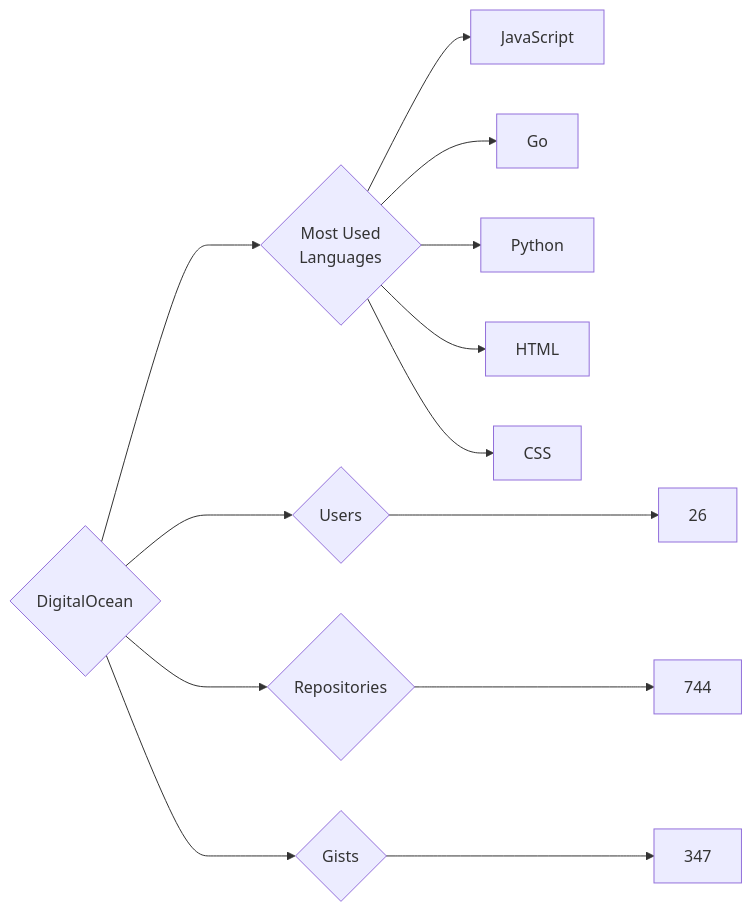
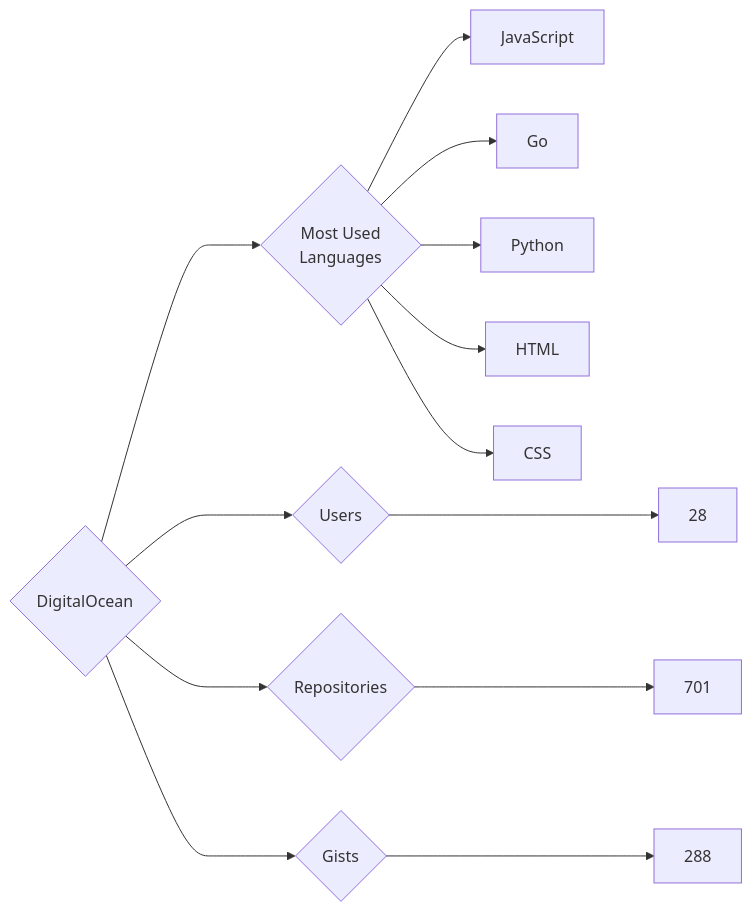
Before and after one commit to trickest/insiders: the diagram in targets/DigitalOcean/README.md, drawn with Mermaid. The commit also changed 1314 other files, not shown here.

````diff
--- a/targets/DigitalOcean/README.md
+++ b/targets/DigitalOcean/README.md
@@ -3,13 +3,13 @@
 ```mermaid
 graph LR
 COMPANY_NAME{DigitalOcean}
-COMPANY_NAME ---> U{Users} ---> UN[26]
-COMPANY_NAME ---> R{Repositories} ---> RN[744]
-COMPANY_NAME ---> G{Gists} ---> GN[347]
+COMPANY_NAME ---> U{Users} ---> UN[28]
+COMPANY_NAME ---> R{Repositories} ---> RN[701]
+COMPANY_NAME ---> G{Gists} ---> GN[288]
 COMPANY_NAME ---> ML{Most Used<br>Languages}
 ML --> JavaScript[JavaScript]
 ML --> Go[Go]
 ML --> Python[Python]
 ML --> HTML[HTML]
 ML --> CSS[CSS]
 ```
````
